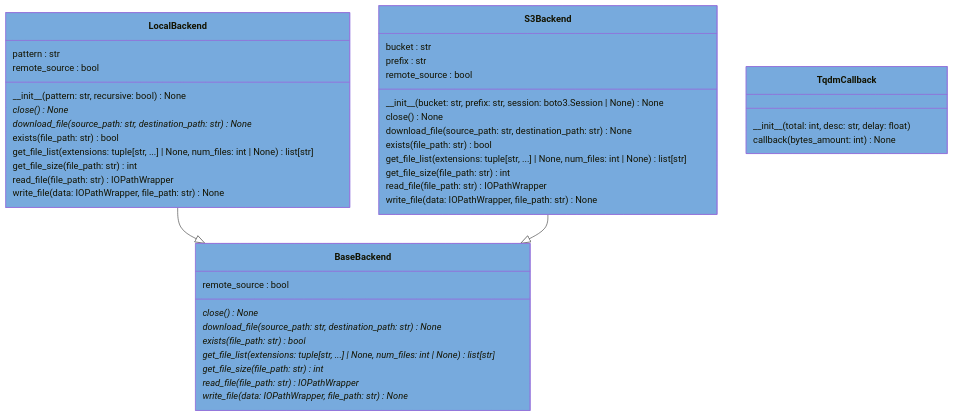
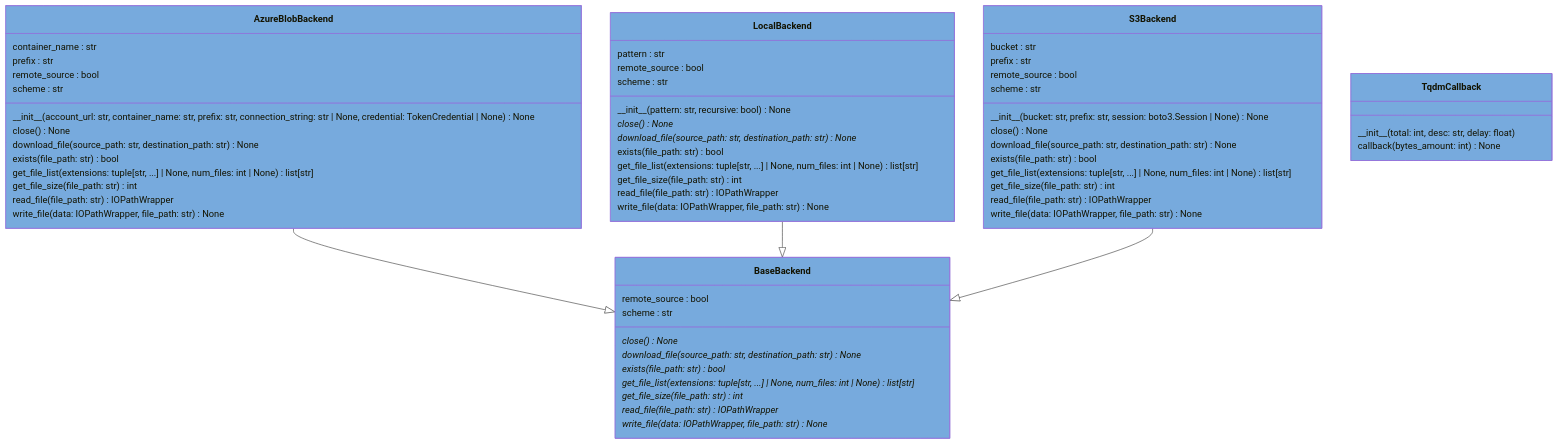
One commit to voidsy-gmbh/pyThermoNDT changed the diagram in docs/pyreverse/mermaid/classes_pythermondt.io.backends.mmd. Above: the diagram before and after it, drawn with Mermaid. The commit also changed 21 other files, not shown here.

```diff
--- a/docs/pyreverse/mermaid/classes_pythermondt.io.backends.mmd
+++ b/docs/pyreverse/mermaid/classes_pythermondt.io.backends.mmd
@@ -1,46 +1,65 @@
 classDiagram
+  class AzureBlobBackend {
+    container_name : str
+    prefix : str
+    remote_source : bool
+    scheme : str
+    \_\_init\_\_(account_url: str, container_name: str, prefix: str, connection_string: str | None, credential: TokenCredential | None) None
+    close() None
+    download_file(source_path: str, destination_path: str) None
+    exists(file_path: str) bool
+    get_file_list(extensions: tuple[str, ...] | None, num_files: int | None) list[str]
+    get_file_size(file_path: str) int
+    read_file(file_path: str) IOPathWrapper
+    write_file(data: IOPathWrapper, file_path: str) None
+  }
+  style AzureBlobBackend fill:#77AADD
   class BaseBackend {
     remote_source : bool
+    scheme : str
     close()* None
     download_file(source_path: str, destination_path: str)* None
     exists(file_path: str)* bool
     get_file_list(extensions: tuple[str, ...] | None, num_files: int | None)* list[str]
     get_file_size(file_path: str)* int
     read_file(file_path: str)* IOPathWrapper
     write_file(data: IOPathWrapper, file_path: str)* None
   }
   style BaseBackend fill:#77AADD
   class LocalBackend {
     pattern : str
     remote_source : bool
+    scheme : str
     \_\_init\_\_(pattern: str, recursive: bool) None
     close()* None
     download_file(source_path: str, destination_path: str)* None
     exists(file_path: str) bool
     get_file_list(extensions: tuple[str, ...] | None, num_files: int | None) list[str]
     get_file_size(file_path: str) int
     read_file(file_path: str) IOPathWrapper
     write_file(data: IOPathWrapper, file_path: str) None
   }
   style LocalBackend fill:#77AADD
   class S3Backend {
     bucket : str
     prefix : str
     remote_source : bool
+    scheme : str
     \_\_init\_\_(bucket: str, prefix: str, session: boto3.Session | None) None
     close() None
     download_file(source_path: str, destination_path: str) None
     exists(file_path: str) bool
     get_file_list(extensions: tuple[str, ...] | None, num_files: int | None) list[str]
     get_file_size(file_path: str) int
     read_file(file_path: str) IOPathWrapper
     write_file(data: IOPathWrapper, file_path: str) None
   }
   style S3Backend fill:#77AADD
   class TqdmCallback {
     \_\_init\_\_(total: int, desc: str, delay: float)
     callback(bytes_amount: int) None
   }
   style TqdmCallback fill:#77AADD
+  AzureBlobBackend --|> BaseBackend
   LocalBackend --|> BaseBackend
   S3Backend --|> BaseBackend
```
